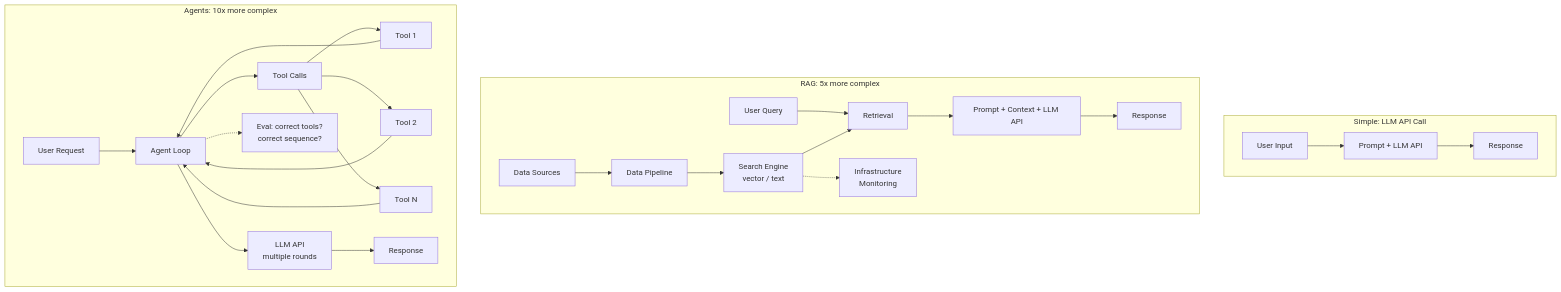
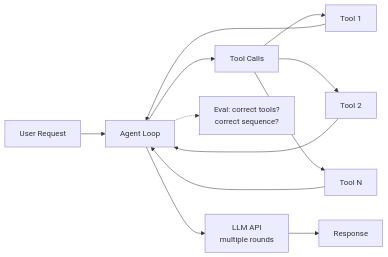
One commit to alexeygrigorev/telegram-writing-assistant changed the third of 3 diagrams in articles/ai-engineer-my-vision.md. Above: the diagram before and after it, drawn with Mermaid. The commit also changed other lines of this file and 1 other file, not shown here.

````diff
--- a/articles/ai-engineer-my-vision.md
+++ b/articles/ai-engineer-my-vision.md
@@ -156,29 +189,12 @@
 ```mermaid
-graph TB
-    subgraph Simple["Simple: LLM API Call"]
-        U1[User Input] --> P[Prompt + LLM API]
-        P --> R1[Response]
-    end
-
-    subgraph RAG["RAG: 5x more complex"]
-        DS[Data Sources] --> DP[Data Pipeline]
-        DP --> SE[Search Engine<br/>vector / text]
-        U2[User Query] --> RET[Retrieval]
-        SE --> RET
-        RET --> P2[Prompt + Context + LLM API]
-        P2 --> R2[Response]
-        SE -.-> MON2[Infrastructure<br/>Monitoring]
-    end
-
-    subgraph Agents["Agents: 10x more complex"]
-        U3[User Request] --> AG[Agent Loop]
-        AG --> TC[Tool Calls]
-        TC --> T1[Tool 1]
-        TC --> T2[Tool 2]
-        TC --> T3[Tool N]
-        T1 & T2 & T3 --> AG
-        AG --> P3[LLM API<br/>multiple rounds]
-        P3 --> R3[Response]
-        AG -.-> EV[Eval: correct tools?<br/>correct sequence?]
-    end
+graph LR
+    U[User Request] --> AG[Agent Loop]
+    AG --> TC[Tool Calls]
+    TC --> T1[Tool 1]
+    TC --> T2[Tool 2]
+    TC --> TN[Tool N]
+    T1 & T2 & TN --> AG
+    AG --> LLM[LLM API<br/>multiple rounds]
+    LLM --> R[Response]
+    AG -.-> EV[Eval: correct tools?<br/>correct sequence?]
 ```
````
